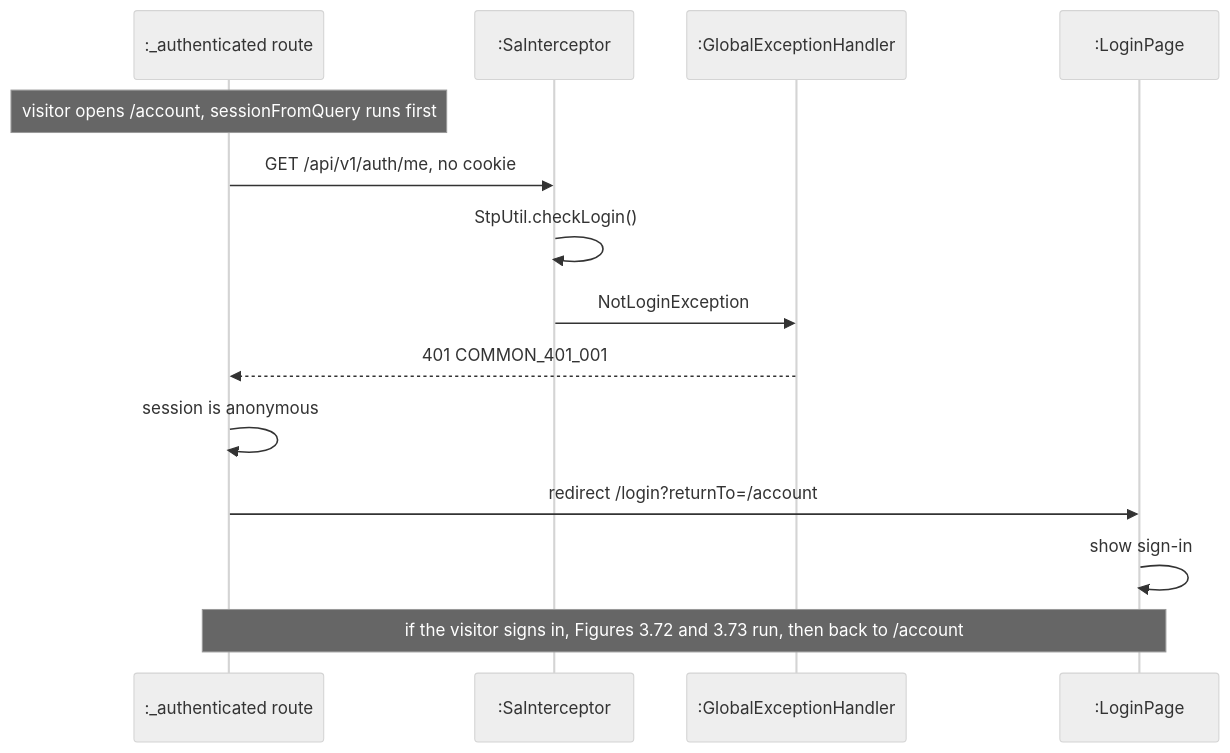
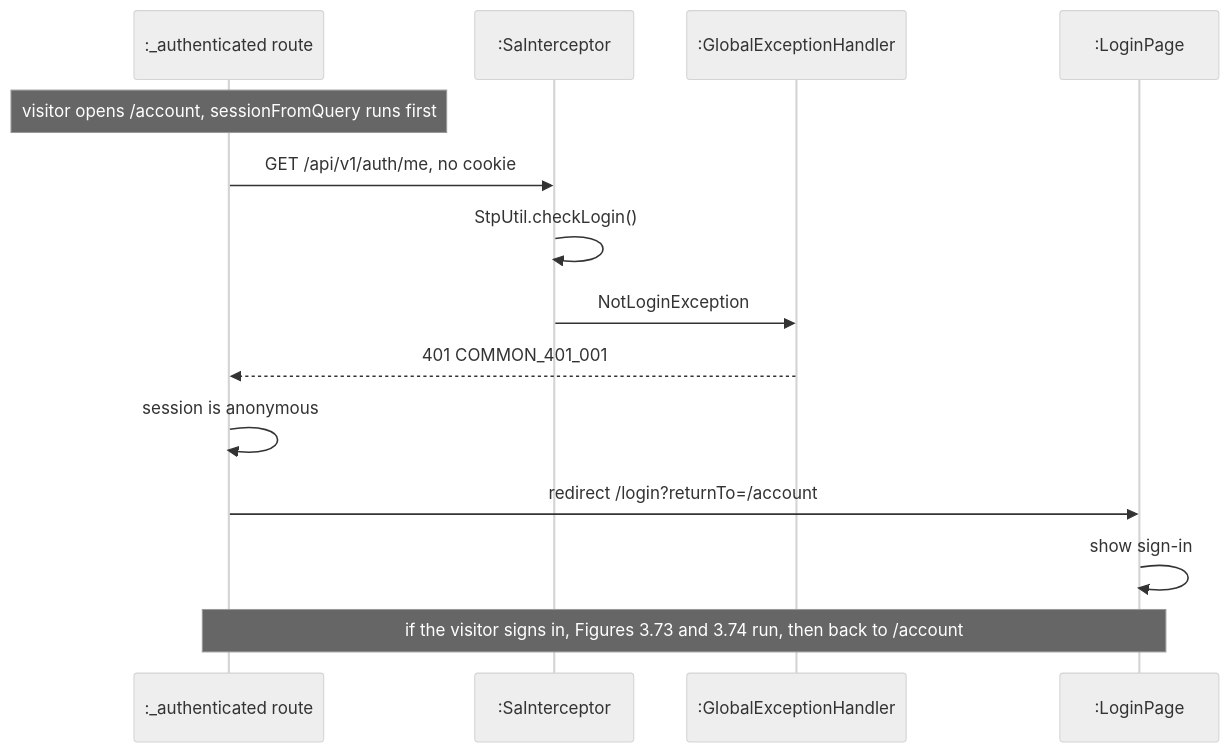
One commit to PPsyrius/iss-groupbuy-team8 changed diagram 18 of 18 in docs/swe5006/report/sections/03-4-3-pan.md. Above: the diagram before and after it, drawn with Mermaid (neutral theme). The commit also changed other lines of this file and 14 other files, not shown here.

````diff
--- a/docs/swe5006/report/sections/03-4-3-pan.md
+++ b/docs/swe5006/report/sections/03-4-3-pan.md
@@ -724,16 +724,16 @@
 ```mermaid
 sequenceDiagram
     participant G as :_authenticated route
     participant SI as :SaInterceptor
     participant EH as :GlobalExceptionHandler
     participant LP as :LoginPage
     Note over G: visitor opens /account, sessionFromQuery runs first
     G->>SI: GET /api/v1/auth/me, no cookie
     SI->>SI: StpUtil.checkLogin()
     SI->>EH: NotLoginException
     EH-->>G: 401 COMMON_401_001
     G->>G: session is anonymous
     G->>LP: redirect /login?returnTo=/account
     LP->>LP: show sign-in
-    Note over G,LP: if the visitor signs in, Figures 3.72 and 3.73 run, then back to /account
+    Note over G,LP: if the visitor signs in, Figures 3.73 and 3.74 run, then back to /account
 ```
````
